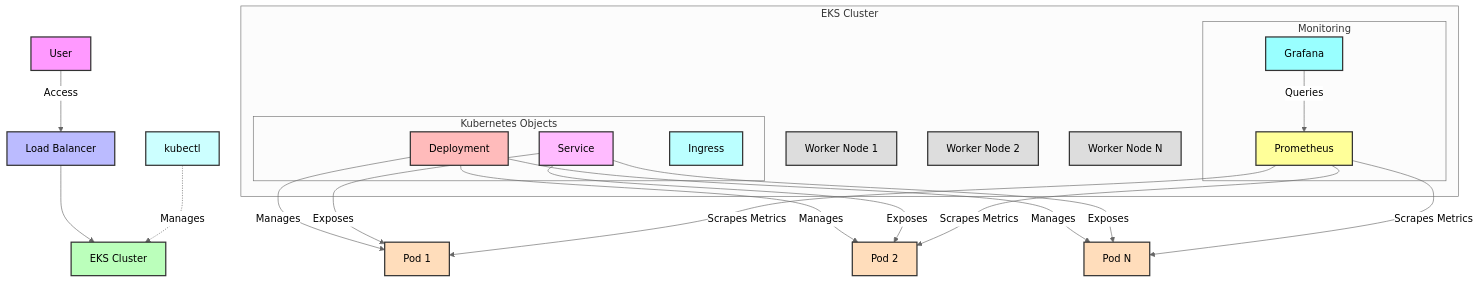
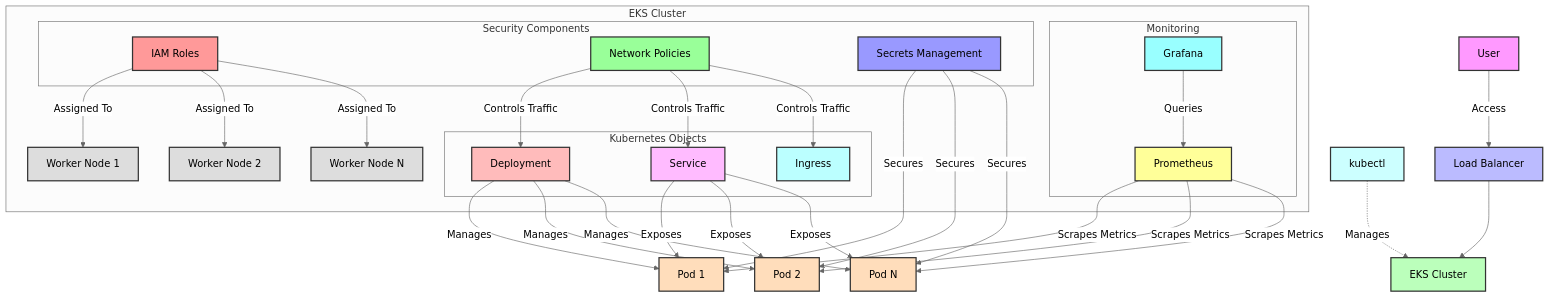
Before and after one commit to taimax13/platform-tool: the fourth of 4 diagrams in README.md, drawn with Mermaid (neutral theme).

Commit message:
adjusted security

````diff
--- a/README.md
+++ b/README.md
@@ -427,55 +427,77 @@
 ```mermaid
 graph TD
     A[User] -->|Access| B[Load Balancer]
     B --> C[EKS Cluster]
     
     subgraph "EKS Cluster"
         D[Worker Node 1]
         E[Worker Node 2]
         F[Worker Node N]
         
         subgraph "Kubernetes Objects"
             G[Deployment]
             H[Service]
             I[Ingress]
         end
         
         subgraph "Monitoring"
             J[Prometheus]
             K[Grafana]
         end
+        
+        subgraph "Security Components"
+            P[IAM Roles]
+            Q[Network Policies]
+            R[Secrets Management]
+        end
     end
     
     G -->|Manages| L[Pod 1]
     G -->|Manages| M[Pod 2]
     G -->|Manages| N[Pod N]
     
     H -->|Exposes| L
     H -->|Exposes| M
     H -->|Exposes| N
     
     J -->|Scrapes Metrics| L
     J -->|Scrapes Metrics| M
     J -->|Scrapes Metrics| N
     
     K -->|Queries| J
     
     O[kubectl] -.->|Manages| C
     
+    P -->|Assigned To| D
+    P -->|Assigned To| E
+    P -->|Assigned To| F
+    
+    Q -->|Controls Traffic| G
+    Q -->|Controls Traffic| H
+    Q -->|Controls Traffic| I
+    
+    R -->|Secures| L
+    R -->|Secures| M
+    R -->|Secures| N
+    
     style A fill:#f9f,stroke:#333,stroke-width:2px,color:#000
     style B fill:#bbf,stroke:#333,stroke-width:2px,color:#000
     style C fill:#bfb,stroke:#333,stroke-width:2px,color:#000
     style D fill:#ddd,stroke:#333,stroke-width:2px,color:#000
     style E fill:#ddd,stroke:#333,stroke-width:2px,color:#000
     style F fill:#ddd,stroke:#333,stroke-width:2px,color:#000
     style G fill:#fbb,stroke:#333,stroke-width:2px,color:#000
     style H fill:#fbf,stroke:#333,stroke-width:2px,color:#000
     style I fill:#bff,stroke:#333,stroke-width:2px,color:#000
     style J fill:#ff9,stroke:#333,stroke-width:2px,color:#000
     style K fill:#9ff,stroke:#333,stroke-width:2px,color:#000
     style L fill:#fdb,stroke:#333,stroke-width:2px,color:#000
     style M fill:#fdb,stroke:#333,stroke-width:2px,color:#000
     style N fill:#fdb,stroke:#333,stroke-width:2px,color:#000
     style O fill:#cff,stroke:#333,stroke-width:2px,color:#000
+    style P fill:#f99,stroke:#333,stroke-width:2px,color:#000
+    style Q fill:#9f9,stroke:#333,stroke-width:2px,color:#000
+    style R fill:#99f,stroke:#333,stroke-width:2px,color:#000
+
 
 ```
````
